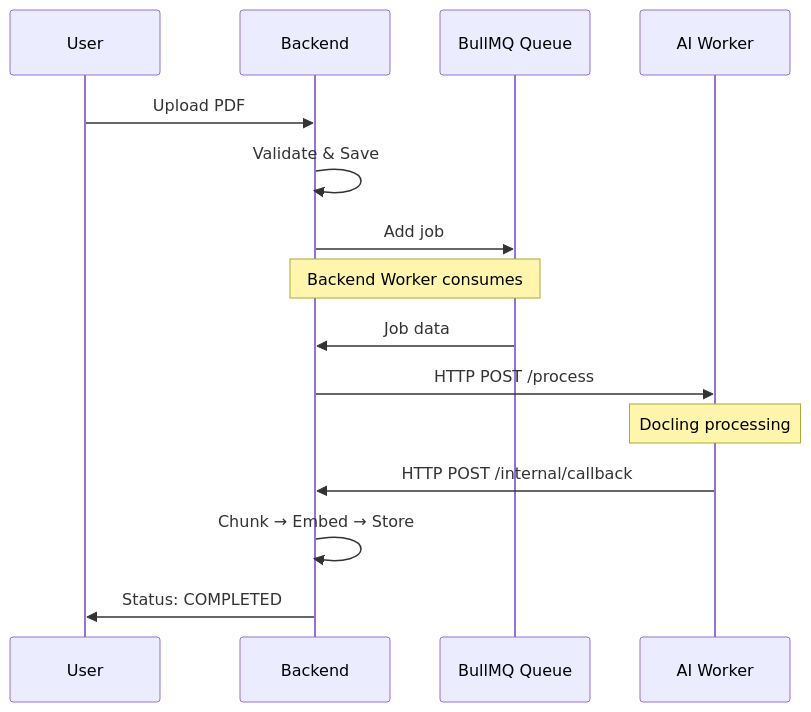
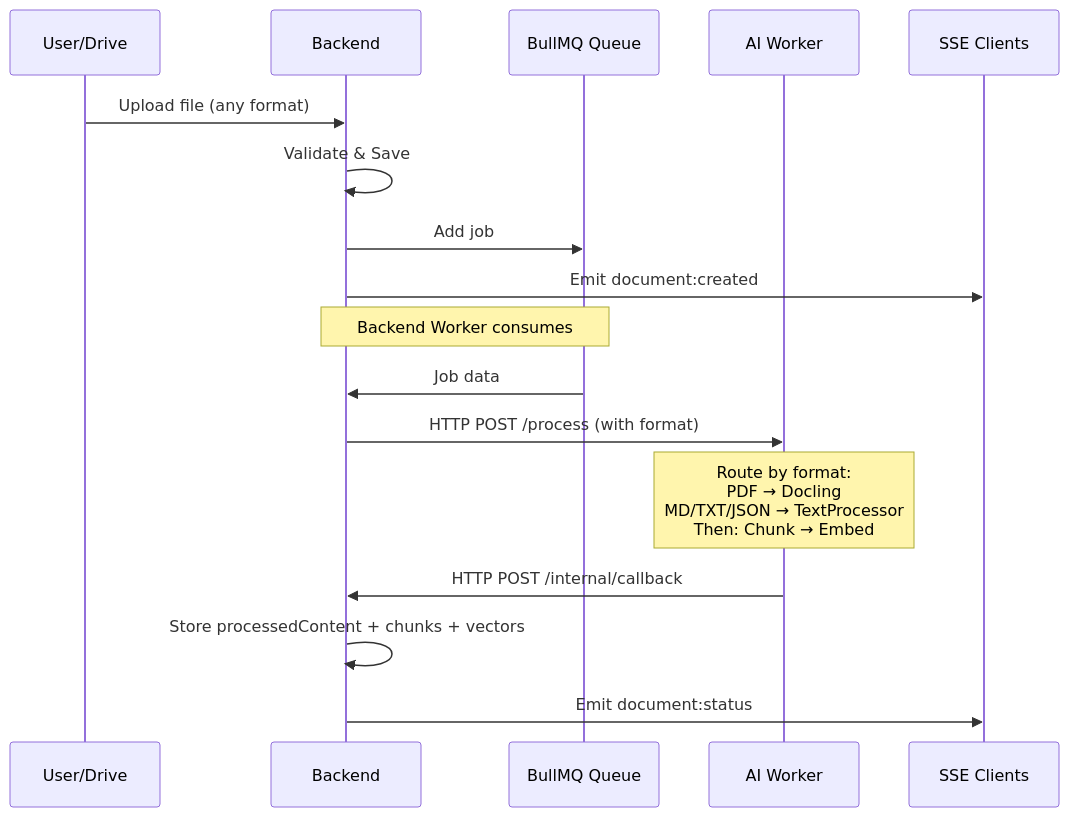
Before and after one commit to namtroi/RAGBase: the second of 7 diagrams in docs/ARCHITECTURE.md, drawn with Mermaid. The commit also changed other lines of this file and 7 other files, not shown here.

Commit message:
docs: update API and Architecture for Phase 2, add Phase 3 specs and roadmap

````diff
--- a/docs/ARCHITECTURE.md
+++ b/docs/ARCHITECTURE.md
@@ -49,21 +45,23 @@
 ```mermaid
 sequenceDiagram
-    participant U as User
+    participant U as User/Drive
     participant B as Backend
     participant Q as BullMQ Queue
     participant W as AI Worker
+    participant SSE as SSE Clients
     
-    U->>B: Upload PDF
+    U->>B: Upload file (any format)
     B->>B: Validate & Save
     B->>Q: Add job
+    B->>SSE: Emit document:created
     
     Note over B,Q: Backend Worker consumes
     Q->>B: Job data
-    B->>W: HTTP POST /process
+    B->>W: HTTP POST /process (with format)
     
-    Note over W: Docling processing
+    Note over W: Route by format:<br/>PDF → Docling<br/>MD/TXT/JSON → TextProcessor<br/>Then: Chunk → Embed
+    
     W->>B: HTTP POST /internal/callback
-    
-    B->>B: Chunk → Embed → Store
-    B->>U: Status: COMPLETED
+    B->>B: Store processedContent + chunks + vectors
+    B->>SSE: Emit document:status
 ```
````
